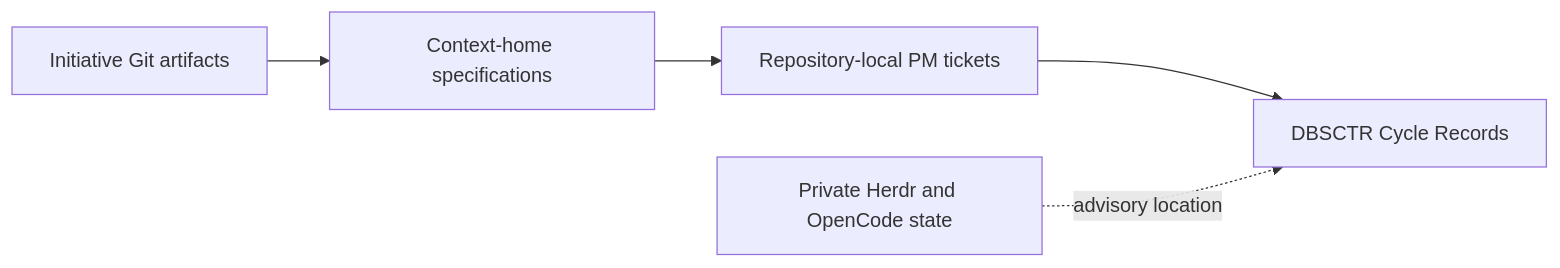
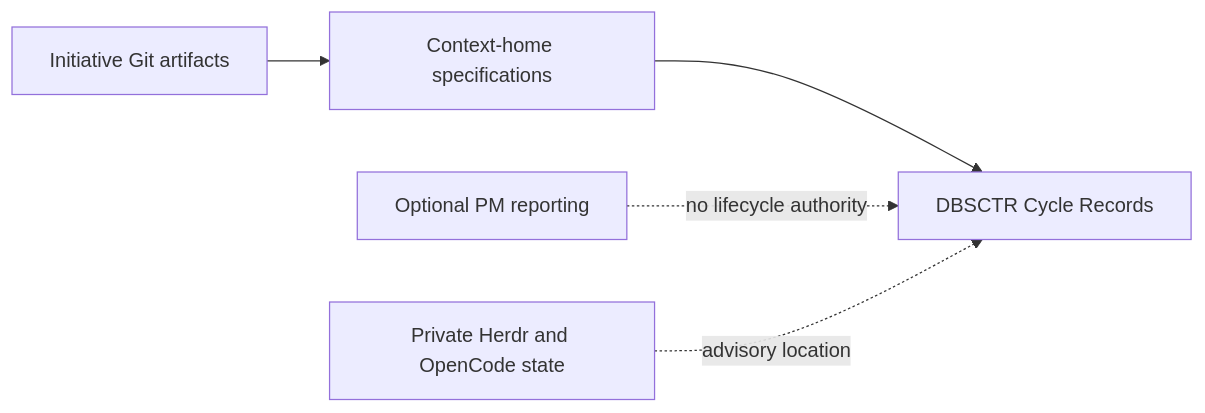
Before and after one commit to Saltiola7/dotfiles-ai: the first of 3 diagrams in docs/specs/dbsctr_v3_lifecycle/features/initiative-discovery.md, drawn with Mermaid. The commit also changed other lines of this file and 19 other files, not shown here.

Commit message:
docs(lifecycle): separate PM reporting

````diff
--- a/docs/specs/dbsctr_v3_lifecycle/features/initiative-discovery.md
+++ b/docs/specs/dbsctr_v3_lifecycle/features/initiative-discovery.md
@@ -179,9 +178,9 @@
 ```mermaid
 flowchart LR
     accTitle: Initiative Discovery authority boundaries
-    accDescr: Git Initiative artifacts own captured intent and cross-context coverage, context-home specifications own domain truth, PM tickets own executable work, DBSCTR Cycle Records own implementation evidence, and private Herdr state only locates sessions.
+    accDescr: Git Initiative artifacts own captured intent and cross-context coverage, context-home specifications own domain truth, DBSCTR Cycle Records own implementation evidence, and optional PM reporting plus private Herdr state have no lifecycle authority.
     I[Initiative Git artifacts] --> C[Context-home specifications]
-    C --> T[Repository-local PM tickets]
-    T --> D[DBSCTR Cycle Records]
+    C --> D[DBSCTR Cycle Records]
+    P[Optional PM reporting] -. no lifecycle authority .-> D
     H[Private Herdr and OpenCode state] -. advisory location .-> D
 ```
````
